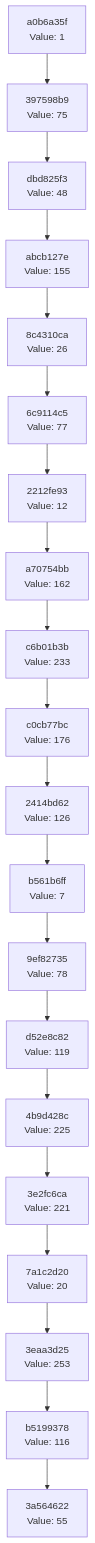
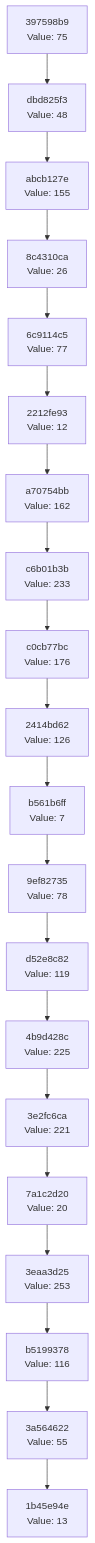
One commit to Abhisheksinha1506/hash-chain-evolver changed the diagram in docs/CHAIN_VISUALIZATION.md. Above: the diagram before and after it, drawn with Mermaid. The commit also changed 2 other files, not shown here.

Commit message:
Evolution step: hash 0x0D → action executed

````diff
--- a/docs/CHAIN_VISUALIZATION.md
+++ b/docs/CHAIN_VISUALIZATION.md
@@ -3,42 +3,42 @@
 ```mermaid
 graph TD
-    C0["3a564622<br/>Value: 55"]
-    C1["b5199378<br/>Value: 116"]
+    C0["1b45e94e<br/>Value: 13"]
+    C1["3a564622<br/>Value: 55"]
     C1 --> C0
-    C2["3eaa3d25<br/>Value: 253"]
+    C2["b5199378<br/>Value: 116"]
     C2 --> C1
-    C3["7a1c2d20<br/>Value: 20"]
+    C3["3eaa3d25<br/>Value: 253"]
     C3 --> C2
-    C4["3e2fc6ca<br/>Value: 221"]
+    C4["7a1c2d20<br/>Value: 20"]
     C4 --> C3
-    C5["4b9d428c<br/>Value: 225"]
+    C5["3e2fc6ca<br/>Value: 221"]
     C5 --> C4
-    C6["d52e8c82<br/>Value: 119"]
+    C6["4b9d428c<br/>Value: 225"]
     C6 --> C5
-    C7["9ef82735<br/>Value: 78"]
+    C7["d52e8c82<br/>Value: 119"]
     C7 --> C6
-    C8["b561b6ff<br/>Value: 7"]
+    C8["9ef82735<br/>Value: 78"]
     C8 --> C7
-    C9["2414bd62<br/>Value: 126"]
+    C9["b561b6ff<br/>Value: 7"]
     C9 --> C8
-    C10["c0cb77bc<br/>Value: 176"]
+    C10["2414bd62<br/>Value: 126"]
     C10 --> C9
-    C11["c6b01b3b<br/>Value: 233"]
+    C11["c0cb77bc<br/>Value: 176"]
     C11 --> C10
-    C12["a70754bb<br/>Value: 162"]
+    C12["c6b01b3b<br/>Value: 233"]
     C12 --> C11
-    C13["2212fe93<br/>Value: 12"]
+    C13["a70754bb<br/>Value: 162"]
     C13 --> C12
-    C14["6c9114c5<br/>Value: 77"]
+    C14["2212fe93<br/>Value: 12"]
     C14 --> C13
-    C15["8c4310ca<br/>Value: 26"]
+    C15["6c9114c5<br/>Value: 77"]
     C15 --> C14
-    C16["abcb127e<br/>Value: 155"]
+    C16["8c4310ca<br/>Value: 26"]
     C16 --> C15
-    C17["dbd825f3<br/>Value: 48"]
+    C17["abcb127e<br/>Value: 155"]
     C17 --> C16
-    C18["397598b9<br/>Value: 75"]
+    C18["dbd825f3<br/>Value: 48"]
     C18 --> C17
-    C19["a0b6a35f<br/>Value: 1"]
+    C19["397598b9<br/>Value: 75"]
     C19 --> C18
 ```
````
